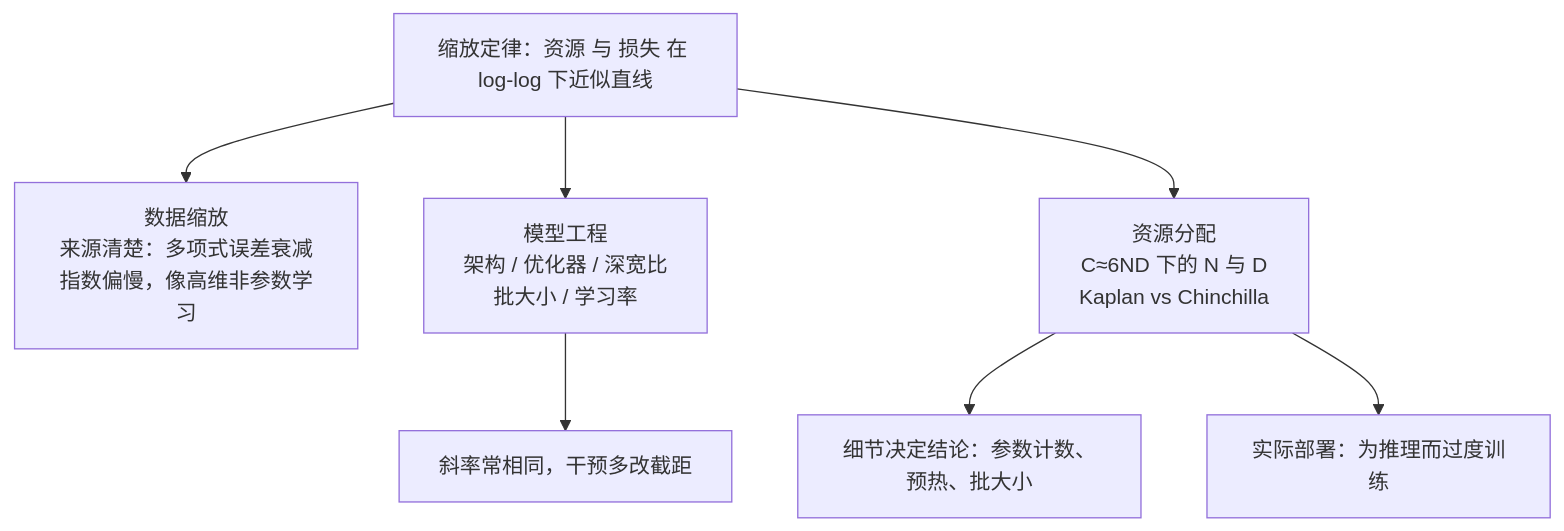
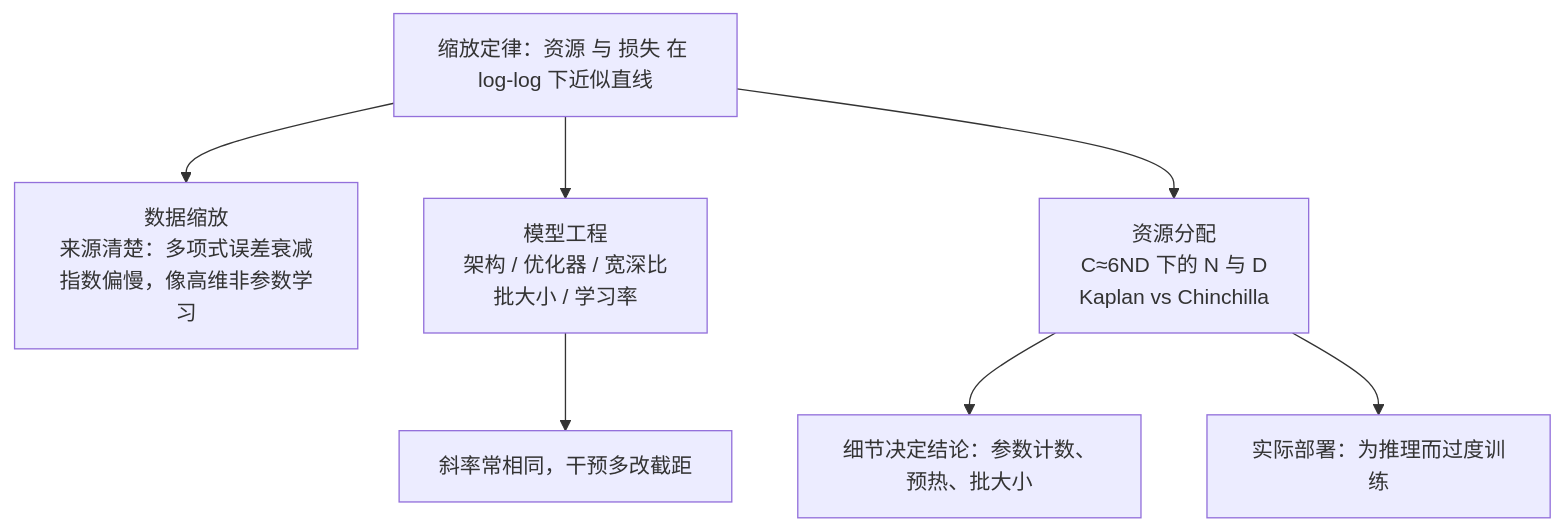
The second of 2 diagrams in docs/chapters/ch09-scaling-laws-1.md (LeeGerry/CS336), drawn with Mermaid before and after one commit. The commit also changed other lines of this file and 2 other files, not shown here.

Commit message:
ch9: 统一“宽深比”术语，修正 9.7/9.9 手算提示与 GPT-3 口径，IsoFLOP 演示滑块步长改为 0.01

````diff
--- a/docs/chapters/ch09-scaling-laws-1.md
+++ b/docs/chapters/ch09-scaling-laws-1.md
@@ -539,9 +539,9 @@
 ```mermaid
 flowchart TD
   A["缩放定律：资源 与 损失 在 log-log 下近似直线"] --> B["数据缩放<br/>来源清楚：多项式误差衰减<br/>指数偏慢，像高维非参数学习"]
-  A --> C["模型工程<br/>架构 / 优化器 / 深宽比<br/>批大小 / 学习率"]
+  A --> C["模型工程<br/>架构 / 优化器 / 宽深比<br/>批大小 / 学习率"]
   A --> D["资源分配<br/>C≈6ND 下的 N 与 D<br/>Kaplan vs Chinchilla"]
   C --> E["斜率常相同，干预多改截距"]
   D --> F["细节决定结论：参数计数、预热、批大小"]
   D --> G["实际部署：为推理而过度训练"]
 ```
````
